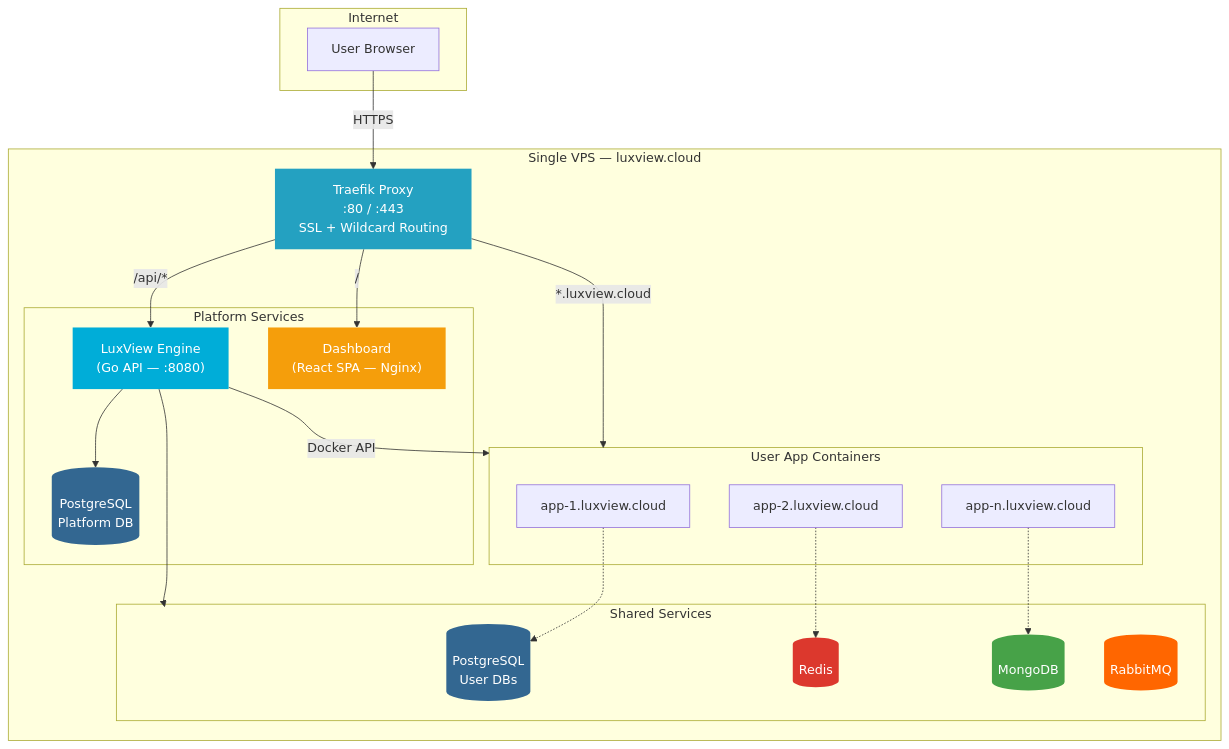
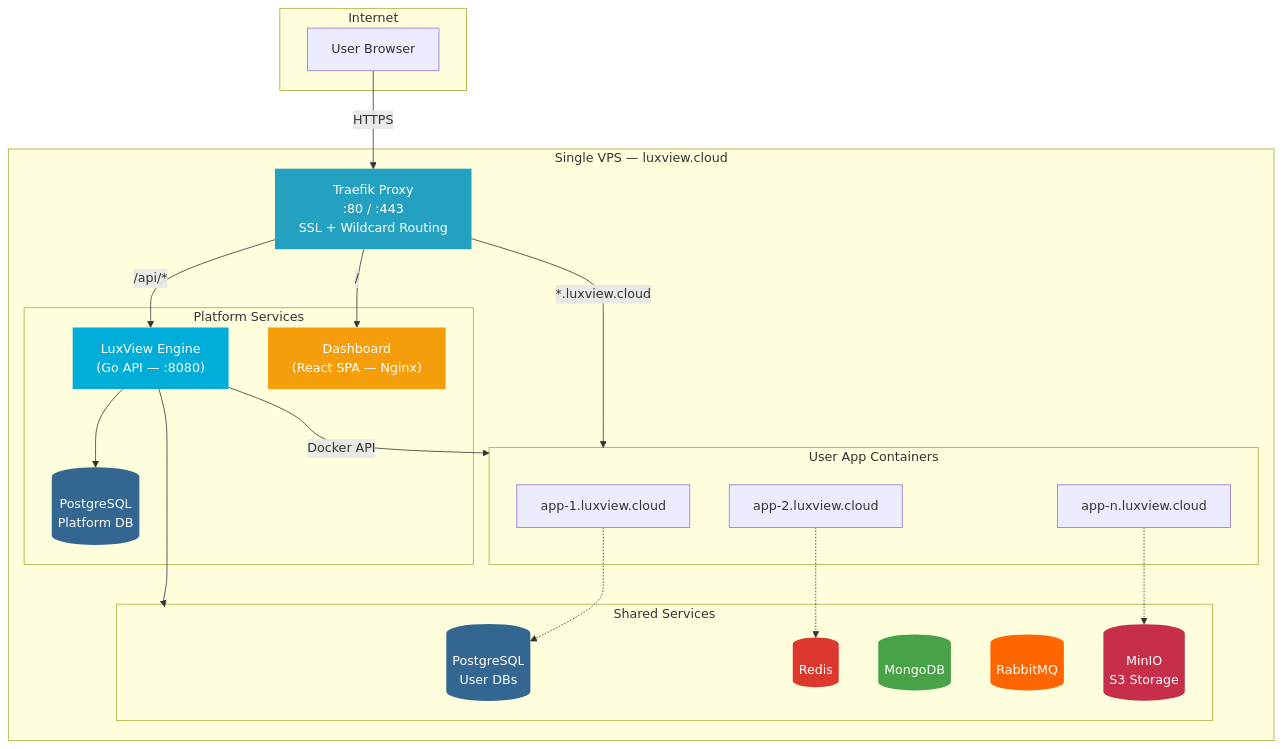
Before and after one commit to JohnPitter/luxview-cloud: the first of 4 diagrams in README.md, drawn with Mermaid. The commit also changed other lines of this file, not shown here.

First line of the commit message:
docs: update README with S3 storage, DB Explorer, and file browser

````diff
--- a/README.md
+++ b/README.md
@@ -51,49 +53,51 @@
 ```mermaid
 graph TB
     subgraph Internet
         USER[User Browser]
     end
 
     subgraph VPS["Single VPS — luxview.cloud"]
         TRAEFIK["Traefik Proxy<br/>:80 / :443<br/>SSL + Wildcard Routing"]
 
         subgraph Platform["Platform Services"]
             ENGINE["LuxView Engine<br/>(Go API — :8080)"]
             DASHBOARD["Dashboard<br/>(React SPA — Nginx)"]
             PG_PLATFORM[("PostgreSQL<br/>Platform DB")]
         end
 
         subgraph Apps["User App Containers"]
             A1["app-1.luxview.cloud"]
             A2["app-2.luxview.cloud"]
             A3["app-n.luxview.cloud"]
         end
 
         subgraph Shared["Shared Services"]
             PG_SHARED[("PostgreSQL<br/>User DBs")]
             REDIS[("Redis")]
             MONGO[("MongoDB")]
             RABBIT[("RabbitMQ")]
+            MINIO[("MinIO<br/>S3 Storage")]
         end
     end
 
     USER -->|HTTPS| TRAEFIK
     TRAEFIK -->|"/api/*"| ENGINE
     TRAEFIK -->|"/"| DASHBOARD
     TRAEFIK -->|"*.luxview.cloud"| Apps
     ENGINE --> PG_PLATFORM
     ENGINE -->|"Docker API"| Apps
     ENGINE --> Shared
     A1 -.-> PG_SHARED
     A2 -.-> REDIS
-    A3 -.-> MONGO
+    A3 -.-> MINIO
 
     style TRAEFIK fill:#24A1C1,color:#fff,stroke:none
     style ENGINE fill:#00ADD8,color:#fff,stroke:none
     style DASHBOARD fill:#F59E0B,color:#fff,stroke:none
     style PG_PLATFORM fill:#336791,color:#fff,stroke:none
     style PG_SHARED fill:#336791,color:#fff,stroke:none
     style REDIS fill:#DC382D,color:#fff,stroke:none
     style MONGO fill:#47A248,color:#fff,stroke:none
     style RABBIT fill:#FF6600,color:#fff,stroke:none
+    style MINIO fill:#C72E49,color:#fff,stroke:none
 ```
````
